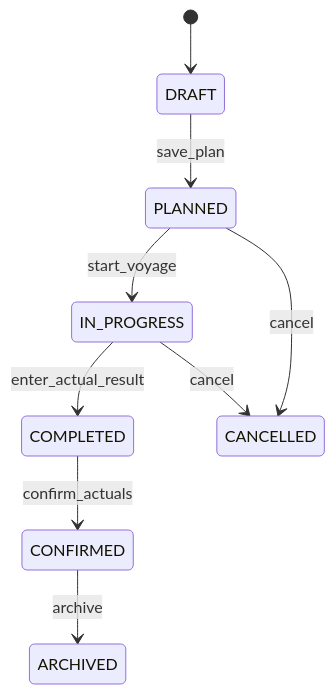
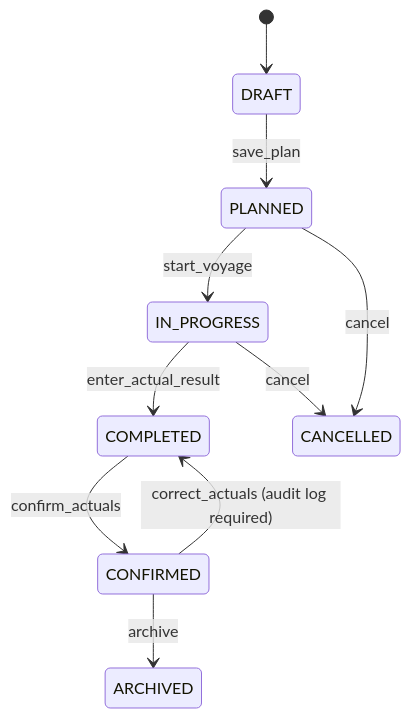
The second of 3 diagrams in PRD.md (26-hp043/26_HP043), drawn with Mermaid before and after one commit. The commit also changed other lines of this file and 4 other files, not shown here.

````diff
--- a/PRD.md
+++ b/PRD.md
@@ -539,11 +539,12 @@
 ```mermaid
 stateDiagram-v2
     [*] --> DRAFT
     DRAFT --> PLANNED: save_plan
     PLANNED --> IN_PROGRESS: start_voyage
     IN_PROGRESS --> COMPLETED: enter_actual_result
     COMPLETED --> CONFIRMED: confirm_actuals
     PLANNED --> CANCELLED: cancel
     IN_PROGRESS --> CANCELLED: cancel
     CONFIRMED --> ARCHIVED: archive
+    CONFIRMED --> COMPLETED: correct_actuals (audit log required)
 ```
````
